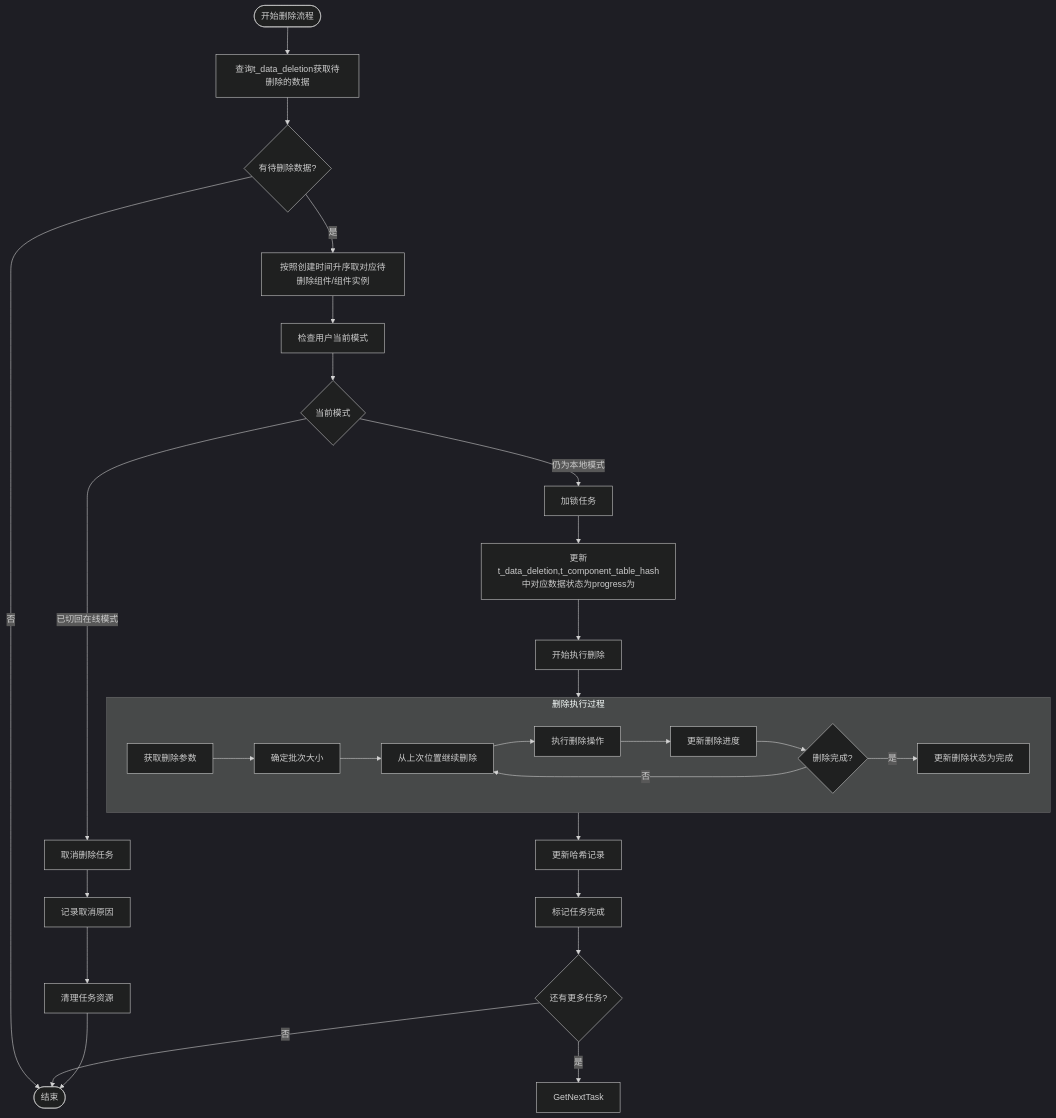
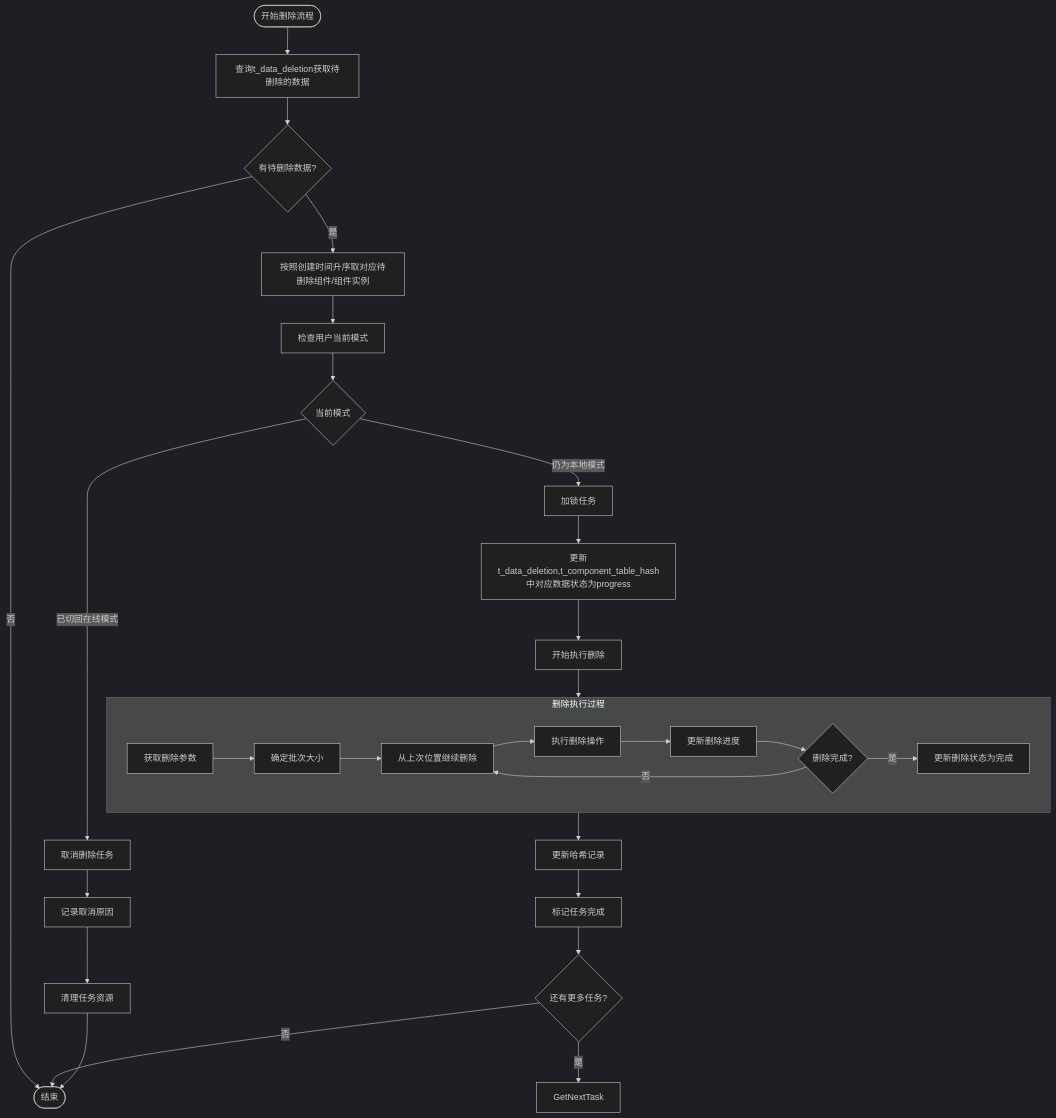
One commit to yingjianzh/iodraw-files changed the diagram in all/未命名-51.md. Above: the diagram before and after it, drawn with Mermaid (dark theme).

Commit message:
2025-05-08 15:30:14 update

````diff
--- a/all/未命名-51.md
+++ b/all/未命名-51.md
@@ -1,41 +1,41 @@
 ```mermaid
 flowchart TD
     Start([开始删除流程]) --> FetchTasks[查询t_data_deletion获取待删除的数据]
     FetchTasks --> HasTasks{有待删除数据?}
     
     HasTasks -->|否| End([结束])
     HasTasks -->|是| PrioritizeTasks[按照创建时间升序取对应待删除组件/组件实例]
     
     PrioritizeTasks --> CheckUserMode[检查用户当前模式]
     
     CheckUserMode --> CurrentMode{当前模式}
     CurrentMode -->|已切回在线模式| TaskCancel[取消删除任务]
     CurrentMode -->|仍为本地模式| LockTask[加锁任务]
     
-    LockTask --> UpdateStatus[更新t_data_deletion,t_component_table_hash中对应数据状态为progress为]
+    LockTask --> UpdateStatus[更新t_data_deletion,t_component_table_hash中对应数据状态为progress]
     UpdateStatus --> BeginDeletion[开始执行删除]
-    
+    BeginDeletion
     subgraph DeletionProcess [删除执行过程]
         A[获取删除参数] --> B[确定批次大小]
         B --> C[从上次位置继续删除]
         C --> D[执行删除操作]
         D --> E[更新删除进度]
         E --> F{删除完成?}
         F -->|否| C
         F -->|是| G[更新删除状态为完成]
     end
     
     BeginDeletion --> DeletionProcess
     
     DeletionProcess --> UpdateHashRecord[更新哈希记录]
     UpdateHashRecord --> MarkCompleted[标记任务完成]
     
     TaskCancel --> LogCancellation[记录取消原因]
     LogCancellation --> CleanupTask[清理任务资源]
     
     MarkCompleted --> CheckMoreTasks{还有更多任务?}
     CheckMoreTasks -->|是| GetNextTask
     CheckMoreTasks -->|否| End
     
     CleanupTask --> End
 ```
````
